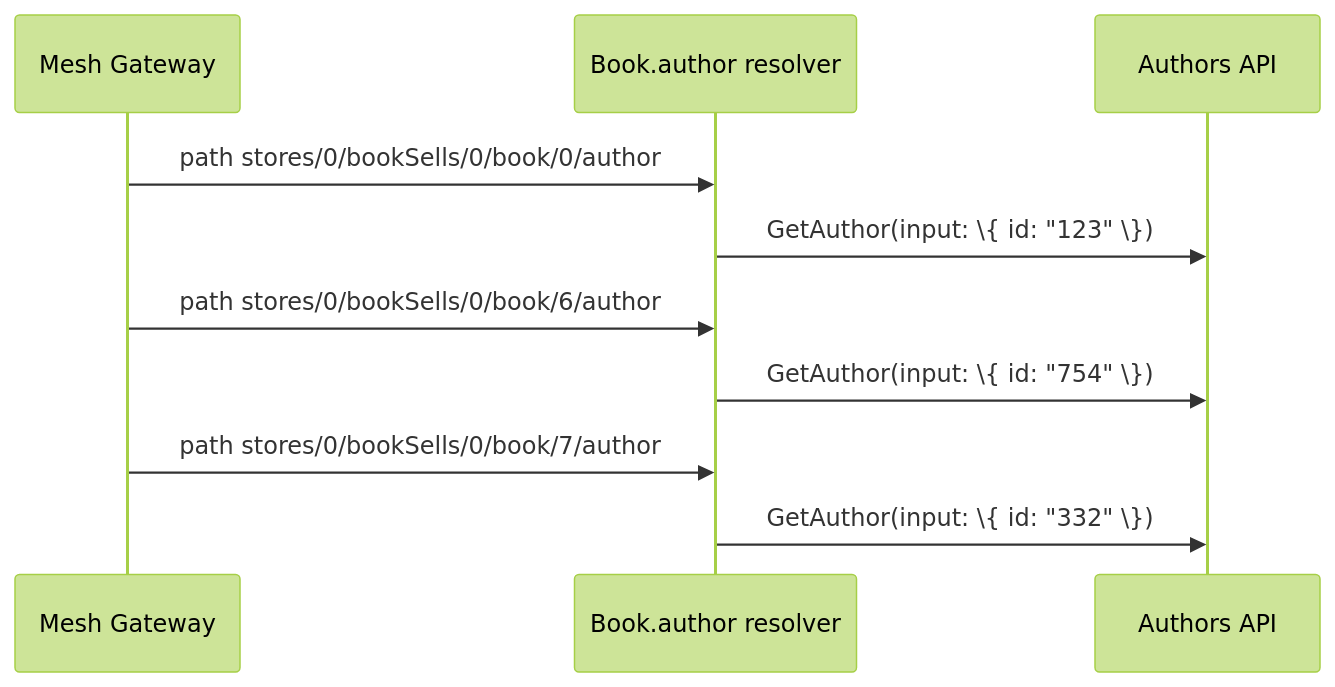
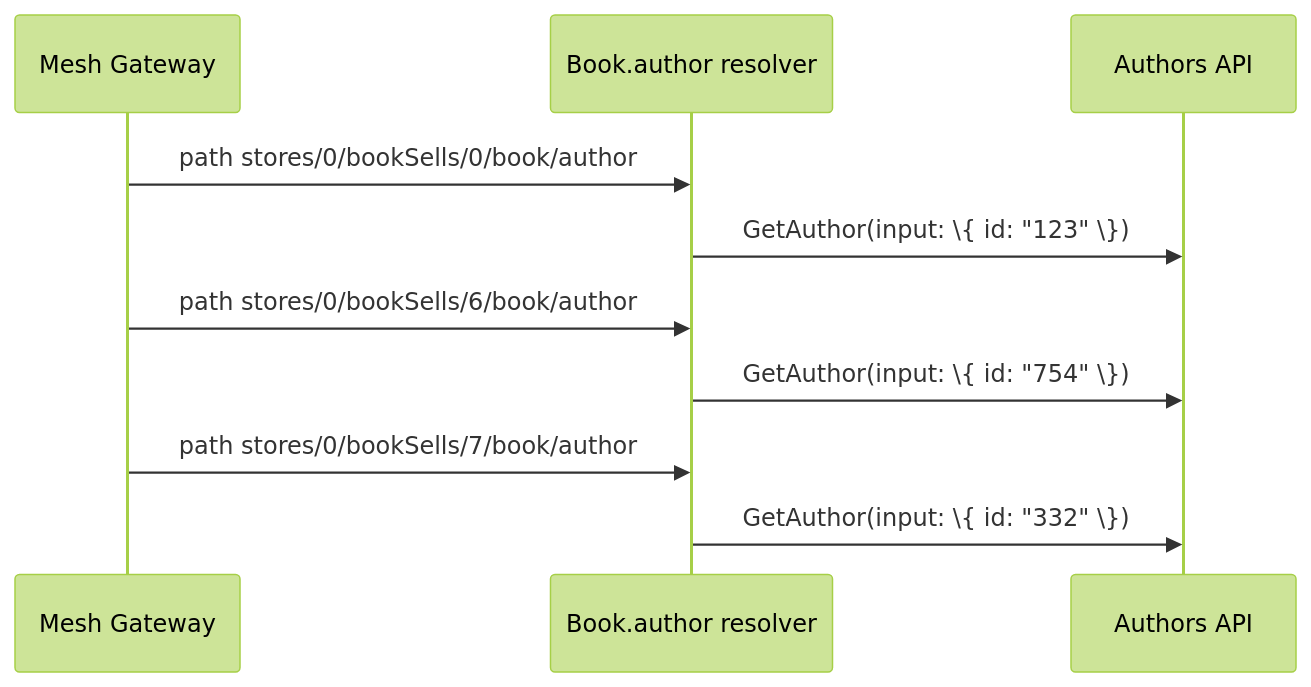
Before and after one commit to ardatan/graphql-mesh: the second of 3 diagrams in website/src/content/docs/guides/batching.mdx, drawn with Mermaid (forest theme). The commit also changed other lines of this file and 9 other files, not shown here.

First line of the commit message:
fix: address CodeRabbit findings on Schema Coordinates

````diff
--- a/website/src/content/docs/guides/batching.mdx
+++ b/website/src/content/docs/guides/batching.mdx
@@ -63,12 +63,12 @@
 ```mermaid
 sequenceDiagram
 participant Mesh Gateway
 participant Book.author resolver
 participant Authors API
-Mesh Gateway->>Book.author resolver: path stores/0/bookSells/0/book/0/author
+Mesh Gateway->>Book.author resolver: path stores/0/bookSells/0/book/author
 Book.author resolver->>Authors API: GetAuthor(input: \{ id: "123" \})
-Mesh Gateway->>Book.author resolver: path stores/0/bookSells/0/book/6/author
+Mesh Gateway->>Book.author resolver: path stores/0/bookSells/6/book/author
 Book.author resolver->>Authors API: GetAuthor(input: \{ id: "754" \})
-Mesh Gateway->>Book.author resolver: path stores/0/bookSells/0/book/7/author
+Mesh Gateway->>Book.author resolver: path stores/0/bookSells/7/book/author
 Book.author resolver->>Authors API: GetAuthor(input: \{ id: "332" \})
 ```
````
